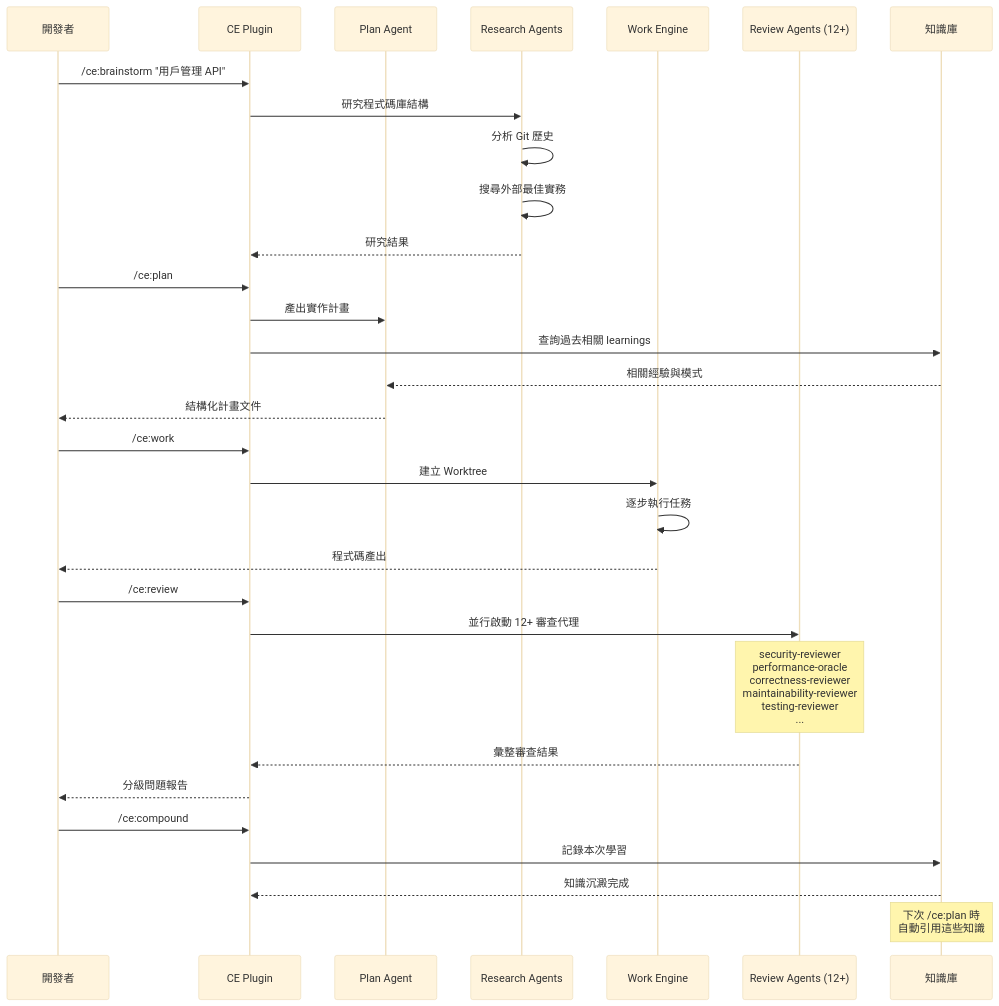
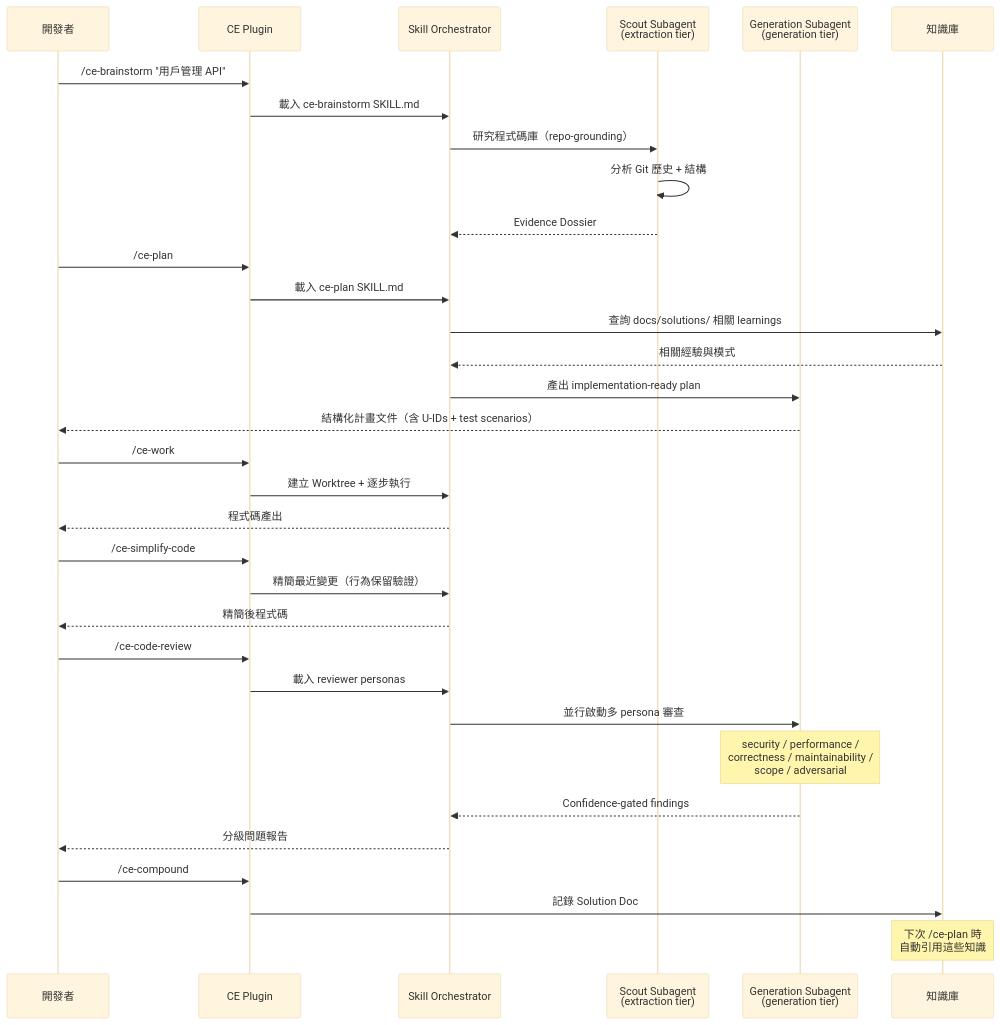
The third of 14 diagrams in content/posts/教學/AI開發/Compound Engineering 教學手冊.md (chihhung/Blog), drawn with Mermaid (base theme) before and after one commit. The commit also changed other lines of this file and 22 other files, not shown here.

````diff
--- a/content/posts/教學/AI開發/Compound Engineering 教學手冊.md
+++ b/content/posts/教學/AI開發/Compound Engineering 教學手冊.md
@@ -297,38 +362,41 @@
 ```mermaid
 sequenceDiagram
     participant Dev as 開發者
     participant CE as CE Plugin
-    participant Plan as Plan Agent
-    participant Research as Research Agents
-    participant Work as Work Engine
-    participant Review as Review Agents (12+)
+    participant Skill as Skill Orchestrator
+    participant Scout as Scout Subagent<br/>(extraction tier)
+    participant Gen as Generation Subagent<br/>(generation tier)
     participant KB as 知識庫
 
-    Dev->>CE: /ce:brainstorm "用戶管理 API"
-    CE->>Research: 研究程式碼庫結構
-    Research->>Research: 分析 Git 歷史
-    Research->>Research: 搜尋外部最佳實務
-    Research-->>CE: 研究結果
+    Dev->>CE: /ce-brainstorm "用戶管理 API"
+    CE->>Skill: 載入 ce-brainstorm SKILL.md
+    Skill->>Scout: 研究程式碼庫（repo-grounding）
+    Scout->>Scout: 分析 Git 歷史 + 結構
+    Scout-->>Skill: Evidence Dossier
 
-    Dev->>CE: /ce:plan
-    CE->>Plan: 產出實作計畫
-    CE->>KB: 查詢過去相關 learnings
-    KB-->>Plan: 相關經驗與模式
-    Plan-->>Dev: 結構化計畫文件
+    Dev->>CE: /ce-plan
+    CE->>Skill: 載入 ce-plan SKILL.md
+    Skill->>KB: 查詢 docs/solutions/ 相關 learnings
+    KB-->>Skill: 相關經驗與模式
+    Skill->>Gen: 產出 implementation-ready plan
+    Gen-->>Dev: 結構化計畫文件（含 U-IDs + test scenarios）
 
-    Dev->>CE: /ce:work
-    CE->>Work: 建立 Worktree
-    Work->>Work: 逐步執行任務
-    Work-->>Dev: 程式碼產出
+    Dev->>CE: /ce-work
+    CE->>Skill: 建立 Worktree + 逐步執行
+    Skill-->>Dev: 程式碼產出
 
-    Dev->>CE: /ce:review
-    CE->>Review: 並行啟動 12+ 審查代理
-    Note over Review: security-reviewer<br/>performance-oracle<br/>correctness-reviewer<br/>maintainability-reviewer<br/>testing-reviewer<br/>...
-    Review-->>CE: 彙整審查結果
-    CE-->>Dev: 分級問題報告
+    Dev->>CE: /ce-simplify-code
+    CE->>Skill: 精簡最近變更（行為保留驗證）
+    Skill-->>Dev: 精簡後程式碼
 
-    Dev->>CE: /ce:compound
-    CE->>KB: 記錄本次學習
-    KB-->>CE: 知識沉澱完成
-    Note over KB: 下次 /ce:plan 時<br/>自動引用這些知識
+    Dev->>CE: /ce-code-review
+    CE->>Skill: 載入 reviewer personas
+    Skill->>Gen: 並行啟動多 persona 審查
+    Note over Gen: security / performance /<br/>correctness / maintainability /<br/>scope / adversarial
+    Gen-->>Skill: Confidence-gated findings
+    Skill-->>Dev: 分級問題報告
+
+    Dev->>CE: /ce-compound
+    CE->>KB: 記錄 Solution Doc
+    Note over KB: 下次 /ce-plan 時<br/>自動引用這些知識
 ```
````
